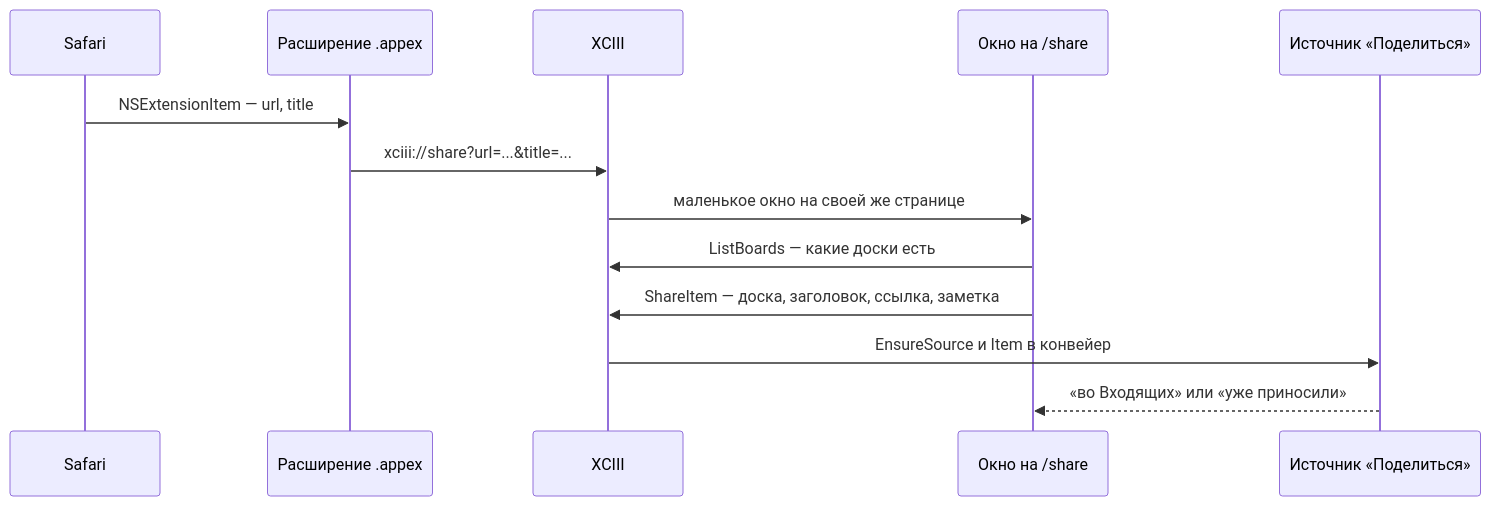
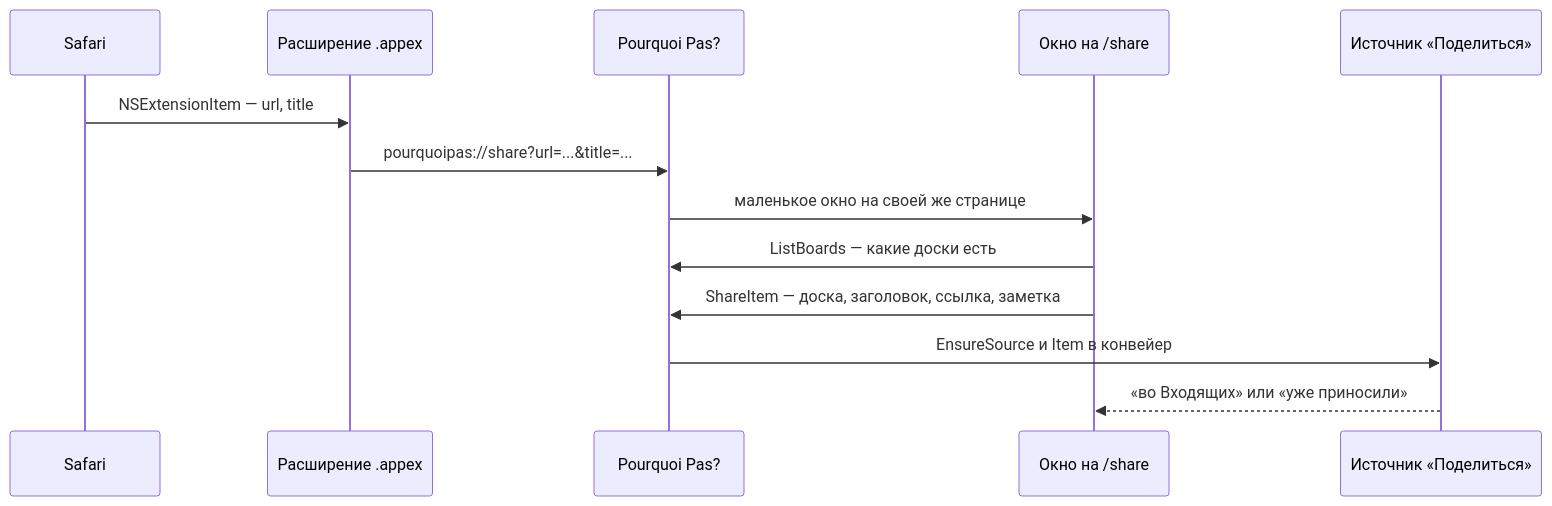
One commit to artipop/pourquoipas changed the seventh of 12 diagrams in docs/sources.md. Above: the diagram before and after it, drawn with Mermaid. The commit also changed other lines of this file and 423 other files, not shown here.

First line of the commit message:
Rename the app to Pourquoi Pas?

````diff
--- a/docs/sources.md
+++ b/docs/sources.md
@@ -862,15 +862,15 @@
 ```mermaid
 sequenceDiagram
     participant S as Safari
     participant X as Расширение .appex
-    participant A as XCIII
+    participant A as Pourquoi Pas?
     participant W as Окно на /share
     participant M as Источник «Поделиться»
     S->>X: NSExtensionItem — url, title
-    X->>A: xciii://share?url=...&title=...
+    X->>A: pourquoipas://share?url=...&title=...
     A->>W: маленькое окно на своей же странице
     W->>A: ListBoards — какие доски есть
     W->>A: ShareItem — доска, заголовок, ссылка, заметка
     A->>M: EnsureSource и Item в конвейер
     M-->>W: «во Входящих» или «уже приносили»
 ```
````
